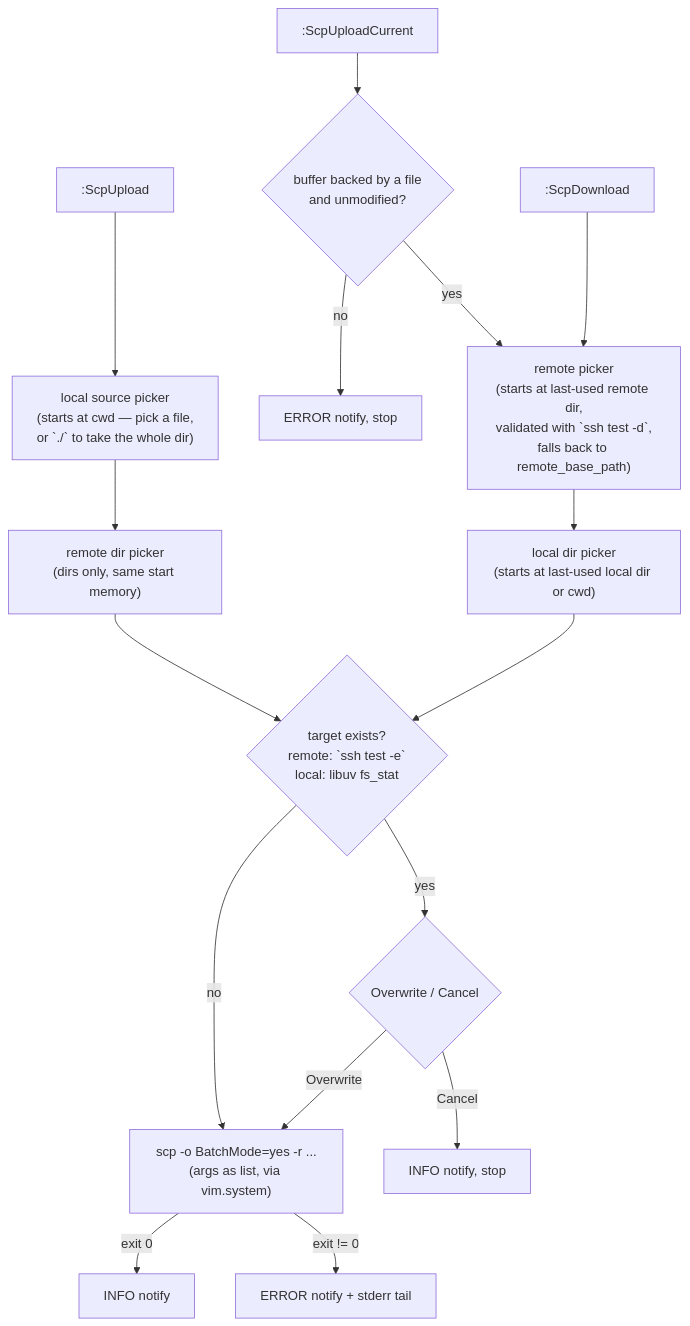
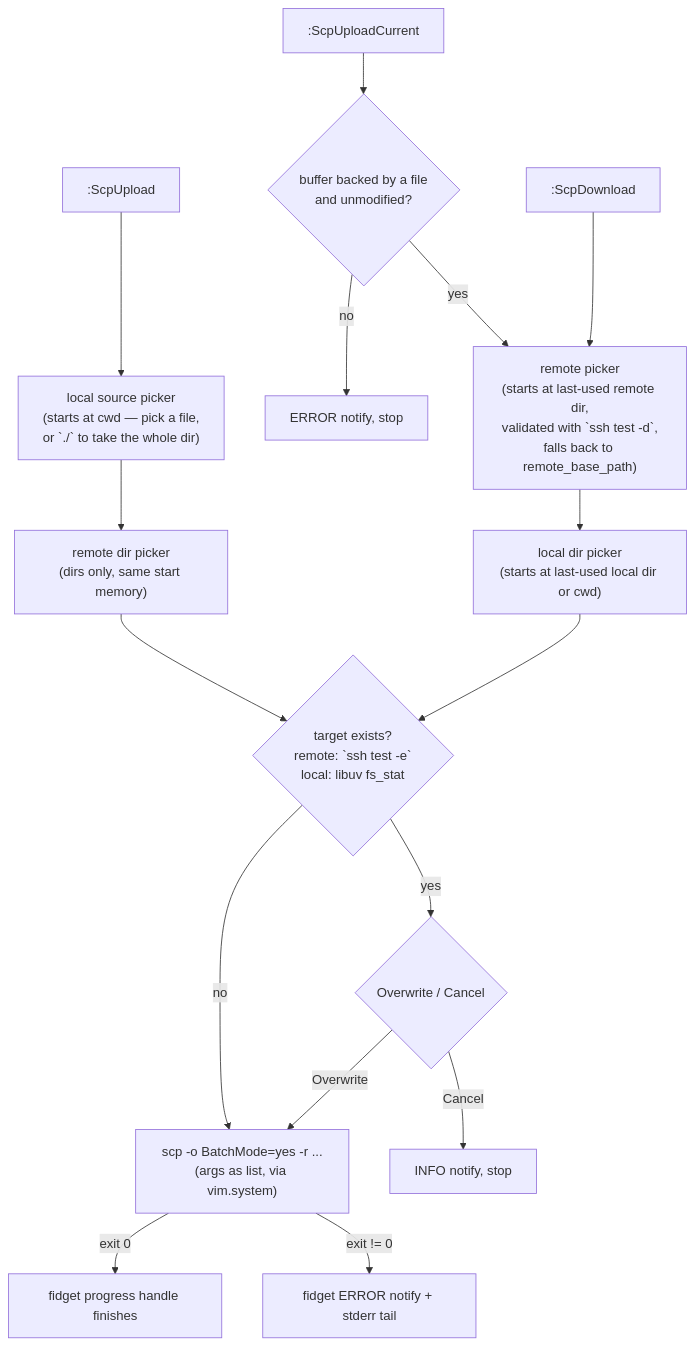
Before and after one commit to j4rviscmd/nvim-scp: the diagram in README.md, drawn with Mermaid. The commit also changed other lines of this file and 4 other files, not shown here.

````diff
--- a/README.md
+++ b/README.md
@@ -101,18 +107,18 @@
 ```mermaid
 flowchart TD
     U[":ScpUpload"] --> LP["local source picker<br>(starts at cwd — pick a file,<br/>or `./` to take the whole dir)"]
     UC[":ScpUploadCurrent"] --> B{"buffer backed by a file<br/>and unmodified?"}
     B -- no --> BE["ERROR notify, stop"]
     B -- yes --> RP
     D[":ScpDownload"] --> RP["remote picker<br>(starts at last-used remote dir,<br/>validated with `ssh test -d`,<br/>falls back to remote_base_path)"]
     LP --> TP["remote dir picker<br>(dirs only, same start memory)"]
     RP --> DP["local dir picker<br>(starts at last-used local dir or cwd)"]
     TP --> X{"target exists?<br/>remote: `ssh test -e`<br/>local: libuv fs_stat"}
     DP --> X
     X -- no --> T["scp -o BatchMode=yes -r ...<br>(args as list, via vim.system)"]
     X -- yes --> O{"Overwrite / Cancel"}
     O -- Cancel --> CE["INFO notify, stop"]
     O -- Overwrite --> T
-    T -- "exit 0" --> OK["INFO notify"]
-    T -- "exit != 0" --> FE["ERROR notify + stderr tail"]
+    T -- "exit 0" --> OK["fidget progress handle finishes"]
+    T -- "exit != 0" --> FE["fidget ERROR notify + stderr tail"]
 ```
````
